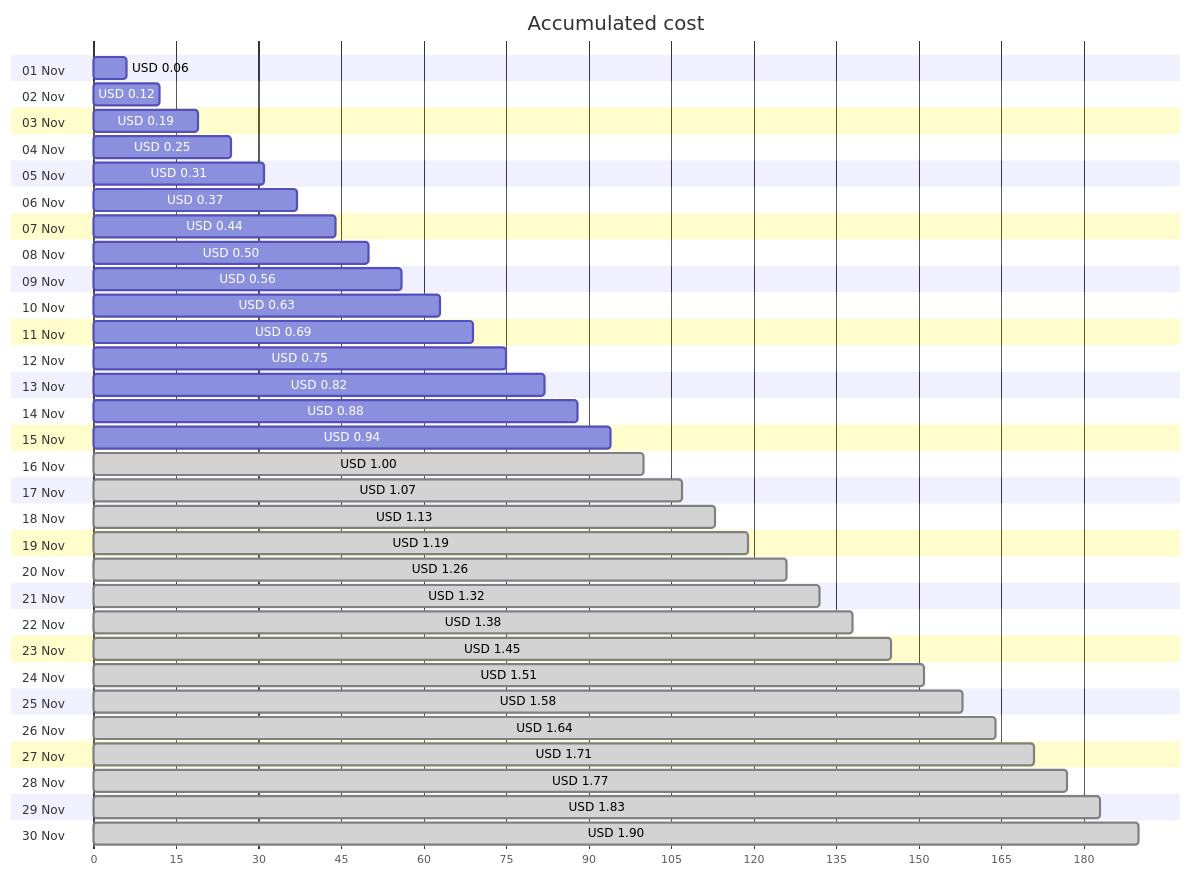
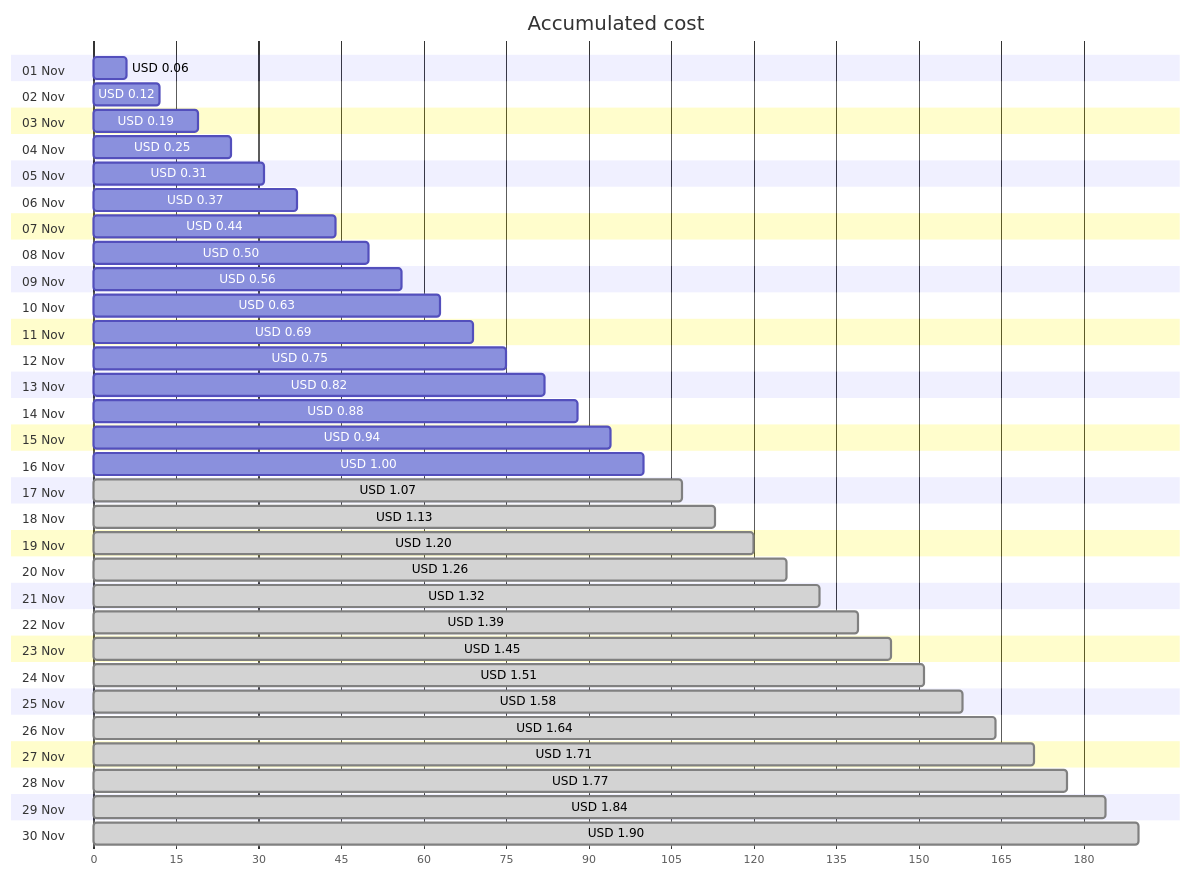
The first of 4 diagrams in cost-reports/personal-network/backup-server_OsDisk.md (jpfulton/azure-personal-reports), drawn with Mermaid before and after one commit. The commit also changed other lines of this file and 8 other files, not shown here.

````diff
--- a/cost-reports/personal-network/backup-server_OsDisk.md
+++ b/cost-reports/personal-network/backup-server_OsDisk.md
@@ -20,66 +20,66 @@
 ```mermaid
 gantt
    title Accumulated cost
    dateFormat  X
    axisFormat %s
    section 01 Nov
    USD 0.06 :0, 6
    section 02 Nov
    USD 0.12 :0, 12
    section 03 Nov
    USD 0.19 :0, 19
    section 04 Nov
    USD 0.25 :0, 25
    section 05 Nov
    USD 0.31 :0, 31
    section 06 Nov
    USD 0.37 :0, 37
    section 07 Nov
    USD 0.44 :0, 44
    section 08 Nov
    USD 0.50 :0, 50
    section 09 Nov
    USD 0.56 :0, 56
    section 10 Nov
    USD 0.63 :0, 63
    section 11 Nov
    USD 0.69 :0, 69
    section 12 Nov
    USD 0.75 :0, 75
    section 13 Nov
    USD 0.82 :0, 82
    section 14 Nov
    USD 0.88 :0, 88
    section 15 Nov
    USD 0.94 :0, 94
    section 16 Nov
-   USD 1.00 : done, 0, 100
+   USD 1.00 :0, 100
    section 17 Nov
    USD 1.07 : done, 0, 107
    section 18 Nov
    USD 1.13 : done, 0, 113
    section 19 Nov
-   USD 1.19 : done, 0, 119
+   USD 1.20 : done, 0, 120
    section 20 Nov
    USD 1.26 : done, 0, 126
    section 21 Nov
    USD 1.32 : done, 0, 132
    section 22 Nov
-   USD 1.38 : done, 0, 138
+   USD 1.39 : done, 0, 139
    section 23 Nov
    USD 1.45 : done, 0, 145
    section 24 Nov
    USD 1.51 : done, 0, 151
    section 25 Nov
    USD 1.58 : done, 0, 158
    section 26 Nov
    USD 1.64 : done, 0, 164
    section 27 Nov
    USD 1.71 : done, 0, 171
    section 28 Nov
    USD 1.77 : done, 0, 177
    section 29 Nov
-   USD 1.83 : done, 0, 183
+   USD 1.84 : done, 0, 184
    section 30 Nov
    USD 1.90 : done, 0, 190
 ```
````
